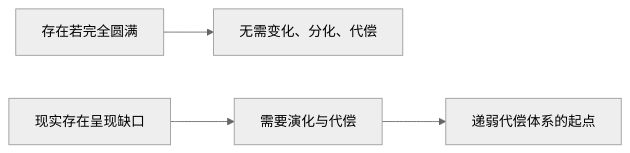
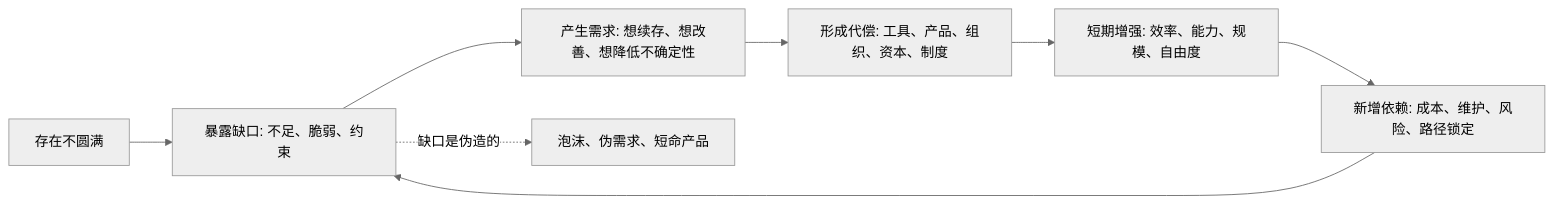
Before and after one commit to digoal/blog: the diagram in 202605/20260518_44.md, drawn with Mermaid (neutral theme). The commit also changed other lines of this file and 16 other files, not shown here.

````diff
--- a/202605/20260518_44.md
+++ b/202605/20260518_44.md
@@ -22,6 +23,10 @@
 ```mermaid
 flowchart LR
-  A["存在若完全圆满"] --> B["无需变化、分化、代偿"]
-  C["现实存在呈现缺口"] --> D["需要演化与代偿"]
-  D --> E["递弱代偿体系的起点"]
+  A["存在不圆满"] --> B["暴露缺口: 不足、脆弱、约束"]
+  B --> C["产生需求: 想续存、想改善、想降低不确定性"]
+  C --> D["形成代偿: 工具、产品、组织、资本、制度"]
+  D --> E["短期增强: 效率、能力、规模、自由度"]
+  E --> F["新增依赖: 成本、维护、风险、路径锁定"]
+  F --> B
+  B -. "缺口是伪造的" .-> G["泡沫、伪需求、短命产品"]
 ```
````
